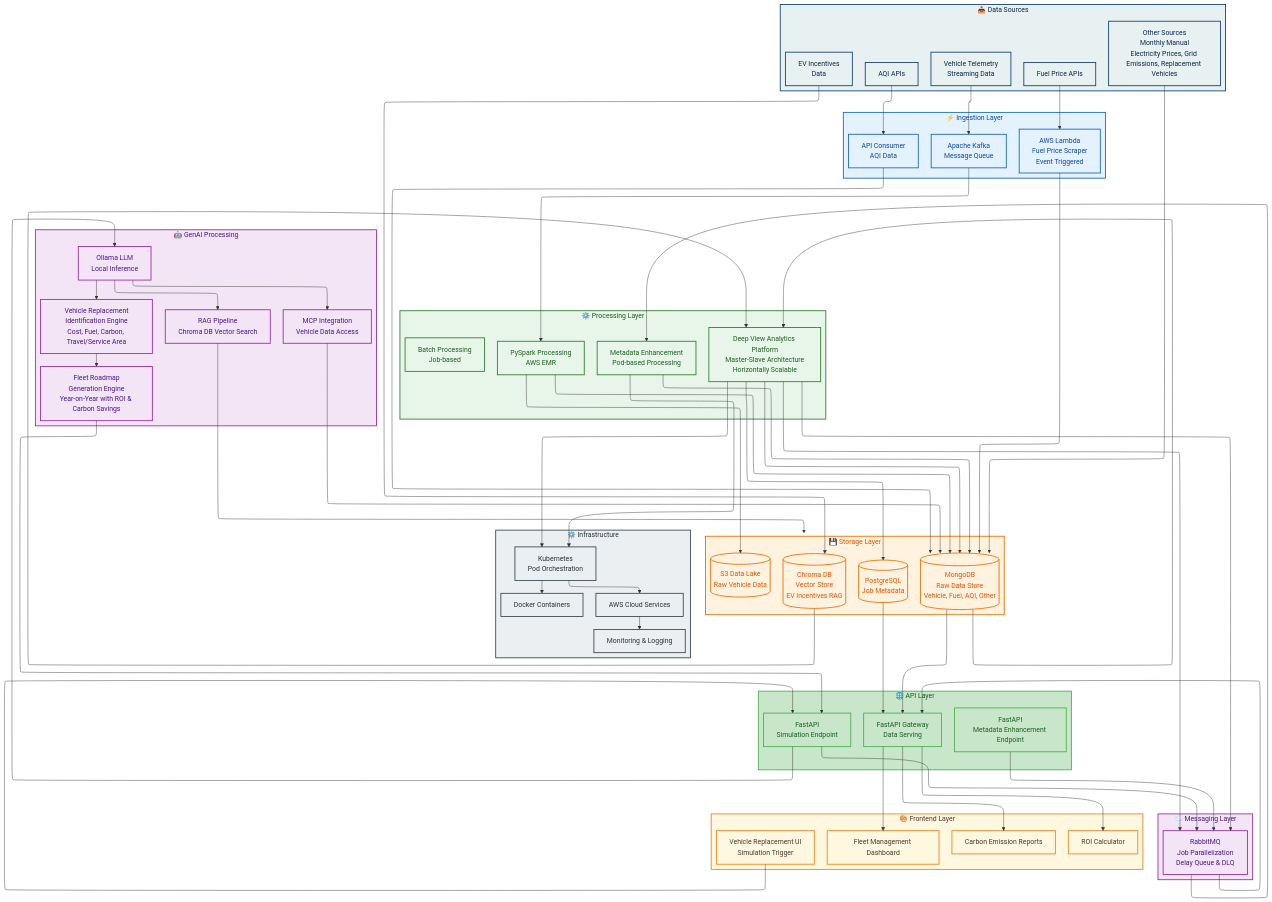
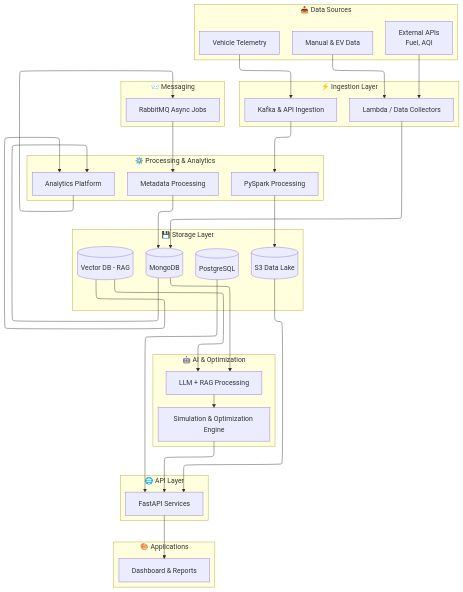
The diagram in assets/images/diagrams/c6insights/c6insights-architecture_detailed.mmd (nitty01/html-portfolio), drawn with Mermaid before and after one commit. The commit also changed 11 other files, not shown here.

```diff
--- a/assets/images/diagrams/c6insights/c6insights-architecture_detailed.mmd
+++ b/assets/images/diagrams/c6insights/c6insights-architecture_detailed.mmd
@@ -1,144 +1,54 @@
 ---
 config:
   layout: elk
 ---
-flowchart TD
+flowchart TB
  subgraph DS["📥 Data Sources"]
-        A[Vehicle Telemetry<br>Streaming Data]
-        B[Fuel Price APIs]
-        C[AQI APIs]
-        D[Other Sources<br>Monthly Manual<br>Electricity Prices, Grid Emissions, Replacement Vehicles]
-        E[EV Incentives<br>Data]
+        A["Vehicle Telemetry"]
+        B["External APIs<br>Fuel, AQI"]
+        C["Manual & EV Data"]
   end
-  
  subgraph ING["⚡ Ingestion Layer"]
-        F[Apache Kafka<br>Message Queue]
-        G[AWS Lambda<br>Fuel Price Scraper<br>Event Triggered]
-        H[API Consumer<br>AQI Data]
+        D["Kafka & API Ingestion"]
+        E["Lambda / Data Collectors"]
   end
-  
- subgraph PROC["⚙️ Processing Layer"]
-        I[PySpark Processing<br>AWS EMR]
-        J[Deep View Analytics Platform<br>Master-Slave Architecture<br>Horizontally Scalable]
-        K[Batch Processing<br>Job-based]
-        L[Metadata Enhancement<br>Pod-based Processing]
+ subgraph STOR["💾 Storage Layer"]
+        F[("S3 Data Lake")]
+        G[("MongoDB")]
+        H[("PostgreSQL")]
+        I[("Vector DB - RAG")]
   end
-  
- subgraph MSG["📨 Messaging Layer"]
-        M[RabbitMQ<br>Job Parallelization<br>Delay Queue & DLQ]
+ subgraph PROC["⚙️ Processing & Analytics"]
+        J["PySpark Processing"]
+        K["Analytics Platform"]
+        L["Metadata Processing"]
   end
-  
- subgraph STOR["💾 Storage Layer"]
-        N[(S3 Data Lake<br>Raw Vehicle Data)]
-        O[(MongoDB<br>Raw Data Store<br>Vehicle, Fuel, AQI, Other)]
-        P[(PostgreSQL<br>Job Metadata)]
-        Q[(Chroma DB<br>Vector Store<br>EV Incentives RAG)]
+ subgraph MSG["📨 Messaging"]
+        M["RabbitMQ Async Jobs"]
   end
-  
- subgraph GENAI["🤖 GenAI Processing"]
-        R[Ollama LLM<br>Local Inference]
-        S[RAG Pipeline<br>Chroma DB Vector Search]
-        T[MCP Integration<br>Vehicle Data Access]
-        U[Vehicle Replacement<br>Identification Engine<br>Cost, Fuel, Carbon, Travel/Service Area]
-        V[Fleet Roadmap<br>Generation Engine<br>Year-on-Year with ROI & Carbon Savings]
+ subgraph GENAI["🤖 AI & Optimization"]
+        N["LLM + RAG Processing"]
+        O["Simulation & Optimization Engine"]
   end
-  
  subgraph API["🌐 API Layer"]
-        W[FastAPI Gateway<br>Data Serving]
-        X[FastAPI<br>Metadata Enhancement Endpoint]
-        Y[FastAPI<br>Simulation Endpoint]
+        P["FastAPI Services"]
   end
-  
- subgraph FE["🎨 Frontend Layer"]
-        Z[Fleet Management Dashboard]
-        AA[Carbon Emission Reports]
-        AB[Vehicle Replacement UI<br>Simulation Trigger]
-        AC[ROI Calculator]
+ subgraph UI["🎨 Applications"]
+        Q["Dashboard & Reports"]
   end
-  
- subgraph INF["⚙️ Infrastructure"]
-        AD[Kubernetes<br>Pod Orchestration]
-        AE[Docker Containers]
-        AF[AWS Cloud Services]
-        AG[Monitoring & Logging]
-  end
-  
-    A --> F
-    F --> I
-    I --> N
-    I --> O
-    
-    B --> G
-    G --> O
-    
-    C --> H
-    H --> O
-    
-    D --> O
-    
-    E --> Q
-    
-    O --> J
-    Q --> J
-    J --> P
-    J --> M
-    J --> O
-    J --> M
-    
-    X --> M
+    A --> D
+    B --> E
+    C --> E
+    D --> J
+    E --> G
+    J --> F
+    G --> K & N
+    I --> K & N
+    K --> M
     M --> L
-    L --> O
-    
-    AB --> Y
-    Y --> R
-    R --> S
-    R --> T
-    S --> Q
-    T --> O
-    R --> U
-    U --> V
-    V --> Y
-    Y --> M
-    M --> W
-    
-    O --> W
-    P --> W
-    W --> Z
-    W --> AA
-    W --> AC
-    
-    J --> AD
-    L --> AD
-    AD --> AE
-    AD --> AF
-    AF --> AG
-    
-     DS:::sources
-     ING:::ingestion
-     PROC:::processing
-     MSG:::messaging
-     STOR:::storage
-     GENAI:::genai
-     API:::api
-     FE:::frontend
-     INF:::infra
-     
-class A,B,C,D,E sources;
-class F,G,H ingestion;
-class I,J,K,L processing;
-class M messaging;
-class N,O,P,Q storage;
-class R,S,T,U,V genai;
-class W,X,Y api;
-class Z,AA,AB,AC frontend;
-class AD,AE,AF,AG infra;
-
-    classDef sources fill:#E8F1F2,stroke:#134074,stroke-width:2px,color:#0B2545
-    classDef ingestion fill:#E3F2FD,stroke:#1565C0,stroke-width:2px,color:#0D47A1
-    classDef processing fill:#E8F5E9,stroke:#2E7D32,stroke-width:2px,color:#1B5E20
-    classDef messaging fill:#F3E5F5,stroke:#9C27B0,stroke-width:2px,color:#4A148C
-    classDef storage fill:#FFF3E0,stroke:#EF6C00,stroke-width:2px,color:#E65100
-    classDef genai fill:#F3E5F5,stroke:#9C27B0,stroke-width:2px,color:#4A148C
-    classDef api fill:#C8E6C9,stroke:#4CAF50,stroke-width:2px,color:#1B5E20
-    classDef frontend fill:#FFF8E1,stroke:#F57F17,stroke-width:2px,color:#4E342E
-    classDef infra fill:#ECEFF1,stroke:#37474F,stroke-width:2px,color:#263238
+    L --> G
+    N --> O
+    O --> P
+    F --> P
+    H --> P
+    P --> Q
```
